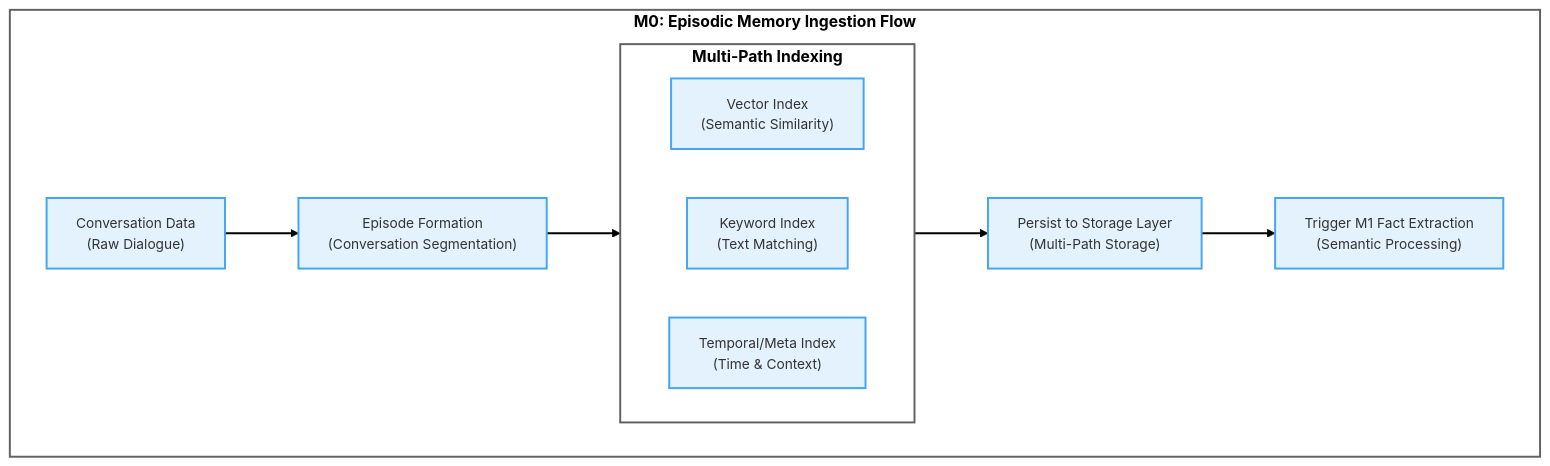
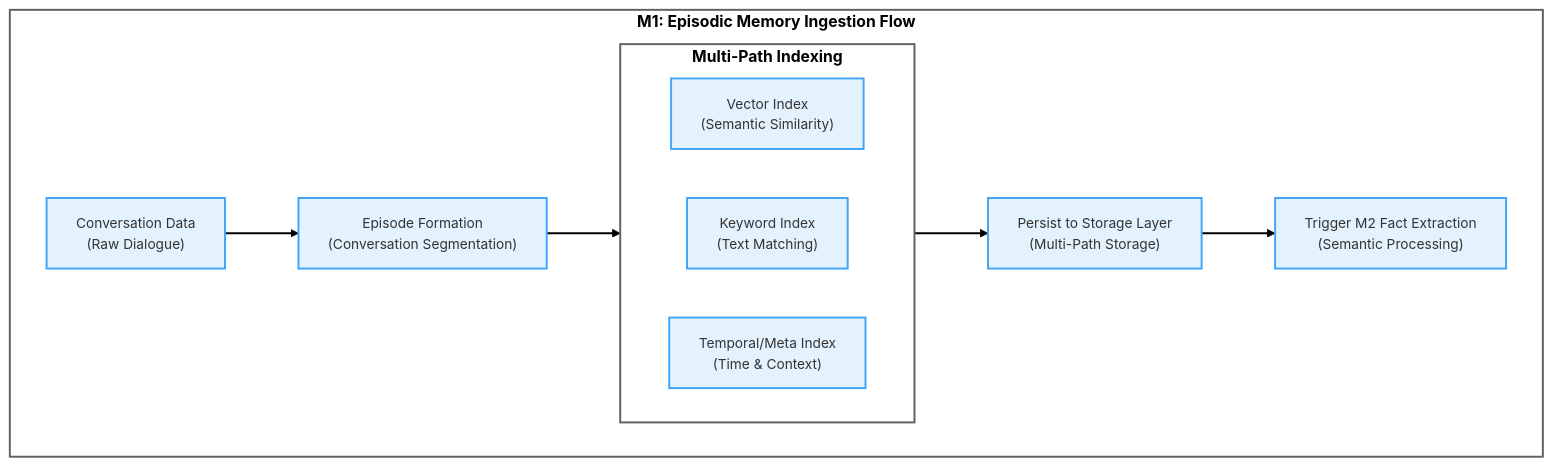
Before and after one commit to memfuse/memfuse: the first of 8 diagrams in docs/architecture/memory.md, drawn with Mermaid. The commit also changed other lines of this file and 17 other files, not shown here.

First line of the commit message:
feat(memory): update memory layer architecture and introduce M3 layer

````diff
--- a/docs/architecture/memory.md
+++ b/docs/architecture/memory.md
@@ -130,37 +179,37 @@
 ```mermaid
 ---
 config:
   layout: dagre
   theme: neo
 ---
 flowchart TD
  subgraph indexing_sub["Multi-Path Indexing"]
     direction LR
         VectorIndex["Vector Index<br>(Semantic Similarity)"]
         KeywordIndex["Keyword Index<br>(Text Matching)"]
         TemporalIndex["Temporal/Meta Index<br>(Time & Context)"]
   end
- subgraph m0_flow["M0: Episodic Memory Ingestion Flow"]
+ subgraph m1_flow["M1: Episodic Memory Ingestion Flow"]
         EpisodeFormation["Episode Formation<br>(Conversation Segmentation)"]
         Input["Conversation Data<br>(Raw Dialogue)"]
         indexing_sub
         Storage["Persist to Storage Layer<br>(Multi-Path Storage)"]
-        TriggerM1["Trigger M1 Fact Extraction<br>(Semantic Processing)"]
+        TriggerM2["Trigger M2 Fact Extraction<br>(Semantic Processing)"]
   end
     Input --> EpisodeFormation
     EpisodeFormation --> indexing_sub
     indexing_sub --> Storage
-    Storage --> TriggerM1
+    Storage --> TriggerM2
      VectorIndex:::node_style
      KeywordIndex:::node_style
      TemporalIndex:::node_style
      EpisodeFormation:::node_style
      Input:::node_style
      indexing_sub:::header_style
      Storage:::node_style
-     TriggerM1:::node_style
-     m0_flow:::header_style
+     TriggerM2:::node_style
+     m1_flow:::header_style
     classDef default fill:#fff,stroke:#333,stroke-width:2px,font-size:14px,white-space:nowrap
     classDef header_style stroke:#616161,stroke-width:2px,color:black,font-weight:bold,font-size:16px,white-space:nowrap
     classDef node_style fill:#E3F2FD,stroke:#42A5F5
 ```
````
